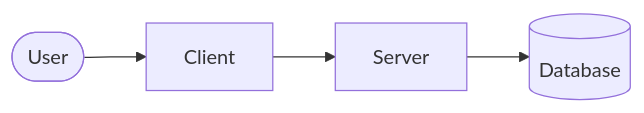
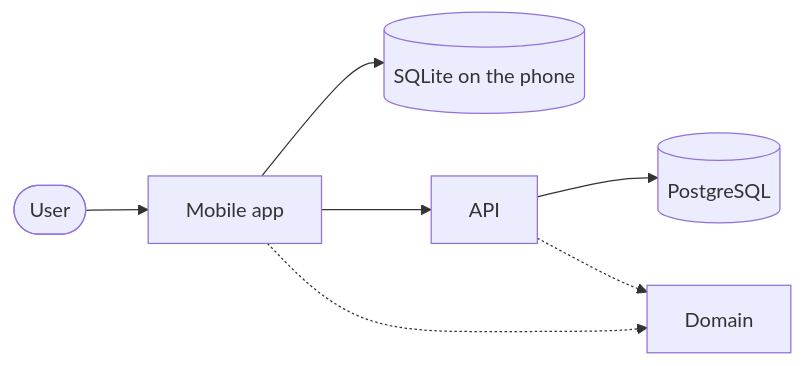
One commit to tomchen86/shared-expense-tracker changed the diagram in docs/architecture.md. Above: the diagram before and after it, drawn with Mermaid. The commit also changed other lines of this file and 5 other files, not shown here.

````diff
--- a/docs/architecture.md
+++ b/docs/architecture.md
@@ -5,6 +5,9 @@
 ```mermaid
 flowchart LR
-  user([User]) --> client[Client]
-  client --> server[Server]
-  server --> db[(Database)]
+  user([User]) --> mobile[Mobile app]
+  mobile --> local[(SQLite on the phone)]
+  mobile --> api[API]
+  api --> db[(PostgreSQL)]
+  mobile -.-> domain[Domain]
+  api -.-> domain
 ```
````
